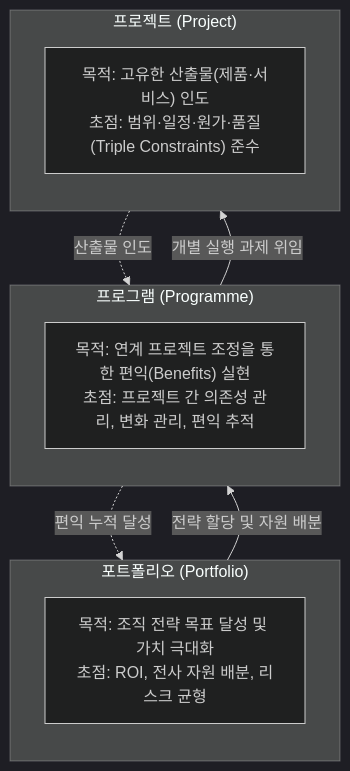
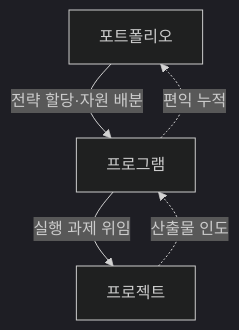
The second of 4 diagrams in src/content/docs/notes/itpe/01-it-strategy/043_iso_21500.md (agnusdei1207/study), drawn with Mermaid (dark theme) before and after one commit. The commit also changed other lines of this file and 19 other files, not shown here.

````diff
--- a/src/content/docs/notes/itpe/01-it-strategy/043_iso_21500.md
+++ b/src/content/docs/notes/itpe/01-it-strategy/043_iso_21500.md
@@ -83,22 +79,7 @@
 ```mermaid
 flowchart TD
-    subgraph PORT["포트폴리오 (Portfolio)"]
-        direction TB
-        PO_DESC["목적: 조직 전략 목표 달성 및 가치 극대화<br/>초점: ROI, 전사 자원 배분, 리스크 균형"]
-    end
-
-    subgraph PROG["프로그램 (Programme)"]
-        direction TB
-        PR_DESC["목적: 연계 프로젝트 조정을 통한 편익(Benefits) 실현<br/>초점: 프로젝트 간 의존성 관리, 변화 관리, 편익 추적"]
-    end
-
-    subgraph PROJ["프로젝트 (Project)"]
-        direction TB
-        PJ_DESC["목적: 고유한 산출물(제품·서비스) 인도<br/>초점: 범위·일정·원가·품질(Triple Constraints) 준수"]
-    end
-
-    PORT -->|전략 할당 및 자원 배분| PROG
-    PROG -->|개별 실행 과제 위임| PROJ
-    PROJ -.->|산출물 인도| PROG
-    PROG -.->|편익 누적 달성| PORT
+    PORT["포트폴리오"] -->|"전략 할당·자원 배분"| PROG["프로그램"]
+    PROG -->|"실행 과제 위임"| PROJ["프로젝트"]
+    PROJ -.->|"산출물 인도"| PROG
+    PROG -.->|"편익 누적"| PORT
 ```
````
